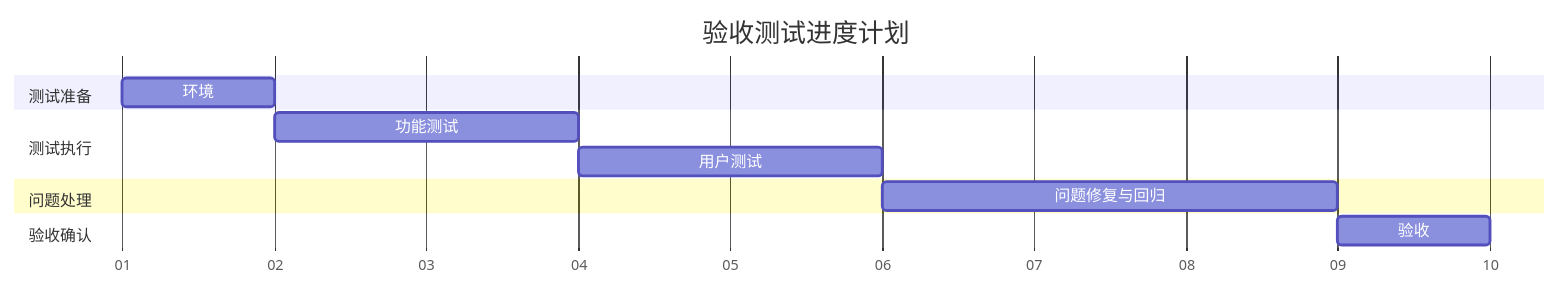
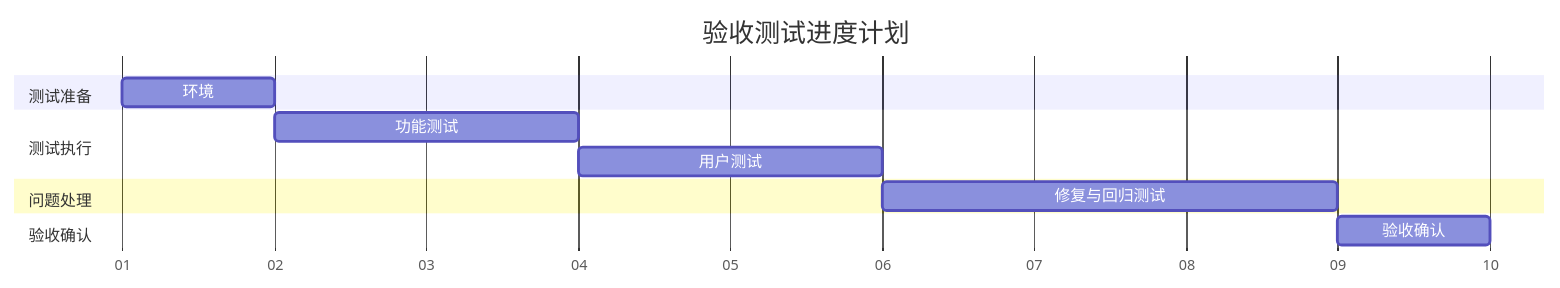
Before and after one commit to anlaganlag/med: the fifth of 7 diagrams in acceptance.md, drawn with Mermaid. The commit also changed other lines of this file, not shown here.

````diff
--- a/acceptance.md
+++ b/acceptance.md
@@ -203,16 +240,16 @@
 ```mermaid
 gantt
     title 验收测试进度计划
     dateFormat D
     axisFormat %d
     
     section 测试准备
     环境           :a1, 0, 1d
     section 测试执行
     功能测试           :a2, after a1, 2d
     用户测试        :a3, after a2, 2d
     section 问题处理
-    问题修复与回归      :a4, after a3, 3d
+    修复与回归测试      :a4, after a3, 3d
     section 验收确认
-    验收           :a5, after a4, 1d
+    验收确认           :a5, after a4, 1d
 ```
````
